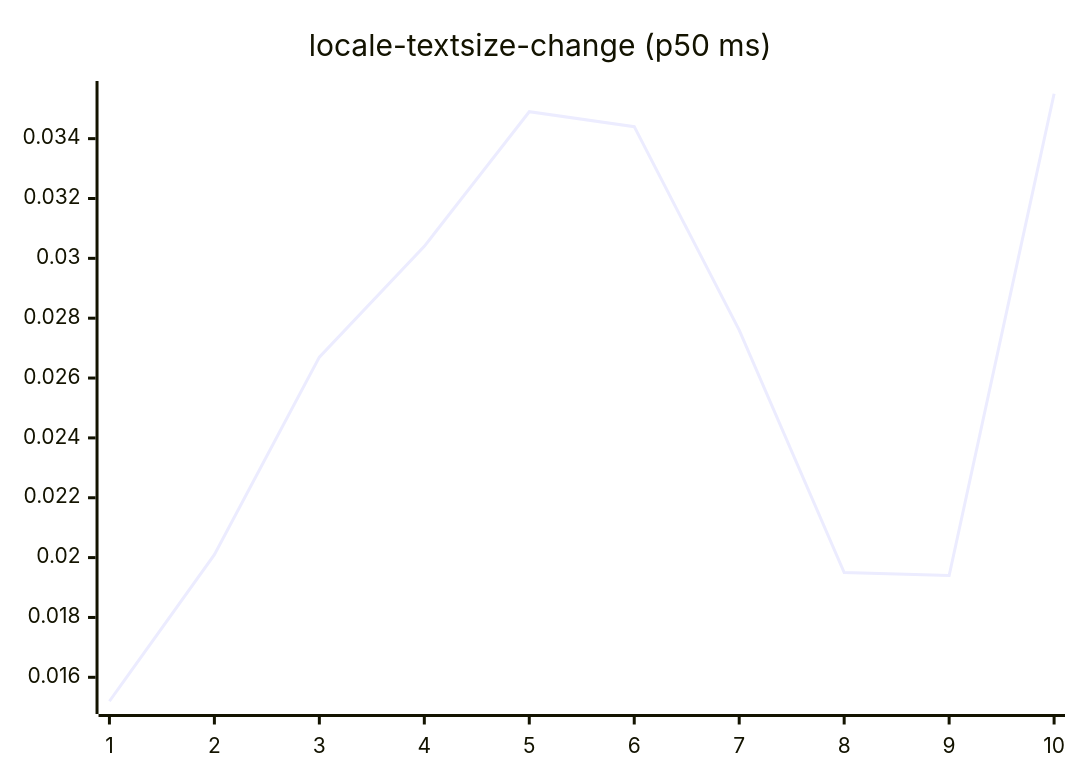
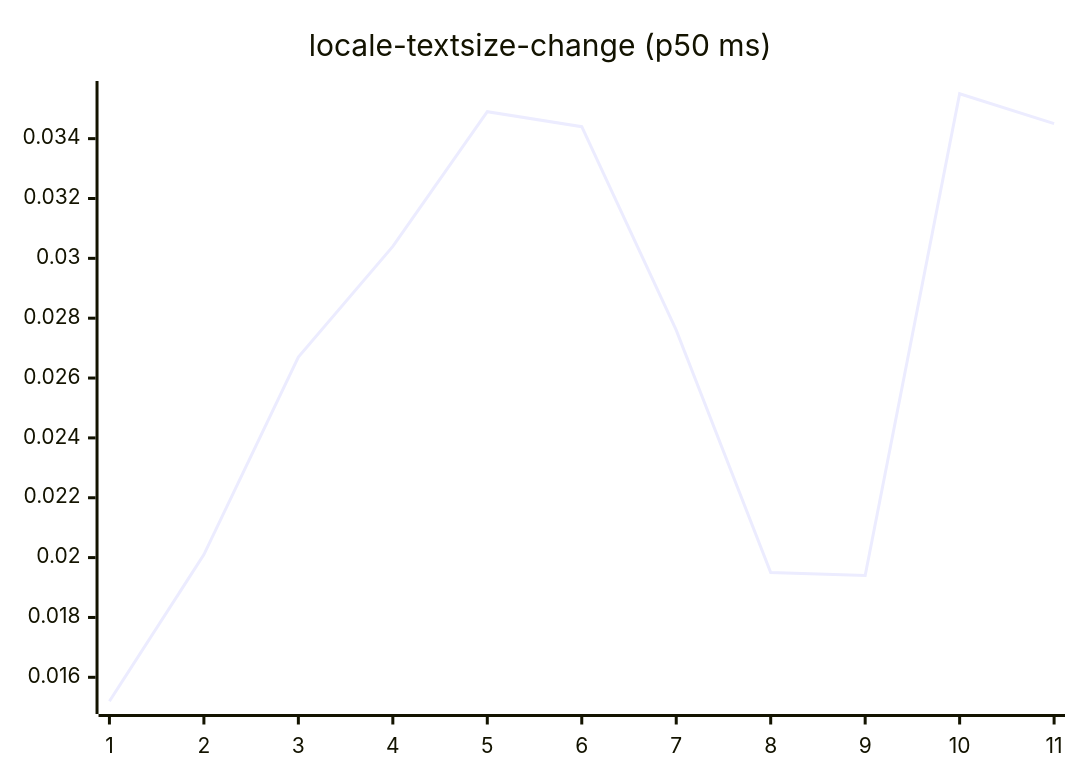
Before and after one commit to josha/Facet: diagram 13 of 27 in README.md, drawn with Mermaid. The commit also changed other lines of this file and 2 other files, not shown here.

````diff
--- a/README.md
+++ b/README.md
@@ -147,6 +147,6 @@
 ```mermaid
 xychart-beta
     title "locale-textsize-change (p50 ms)"
-    x-axis 1 --> 10
-    line [0.0152, 0.0201, 0.0267, 0.0304, 0.0349, 0.0344, 0.0276, 0.0195, 0.0194, 0.0355]
+    x-axis 1 --> 11
+    line [0.0152, 0.0201, 0.0267, 0.0304, 0.0349, 0.0344, 0.0276, 0.0195, 0.0194, 0.0355, 0.0345]
 ```
````
